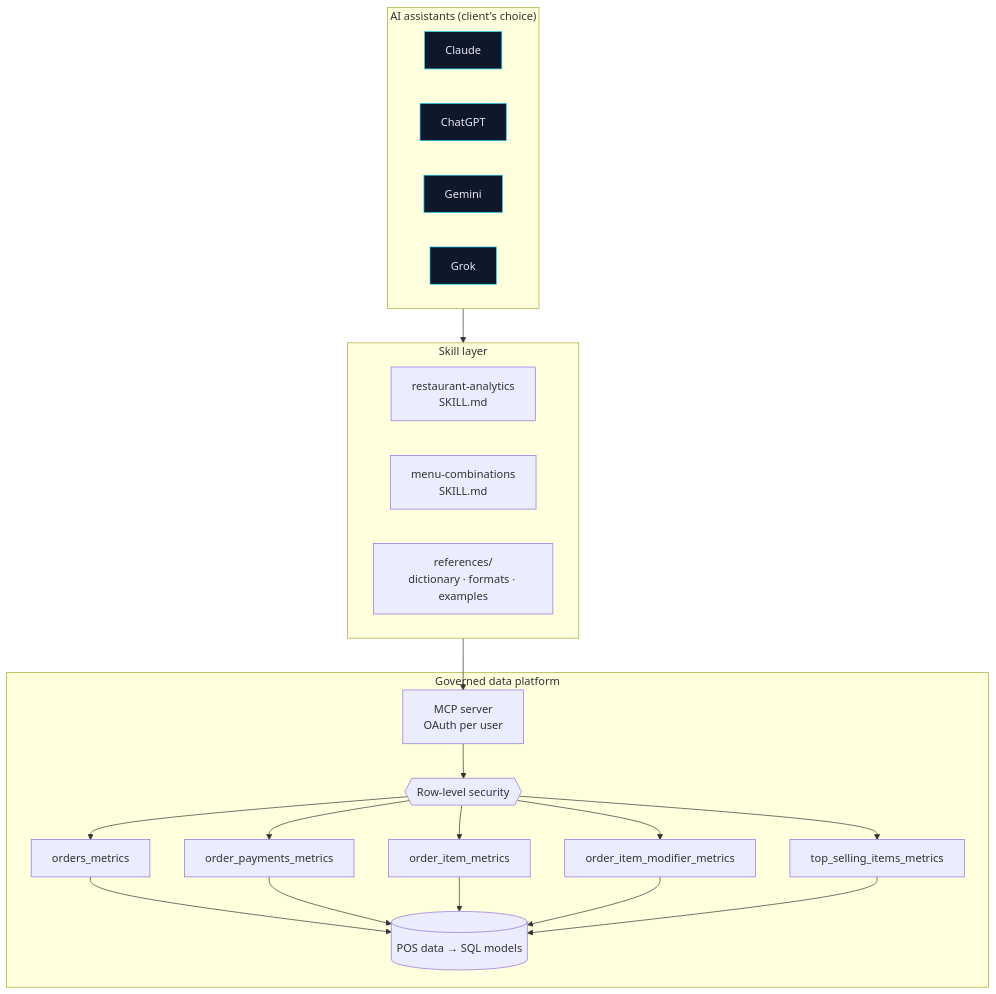
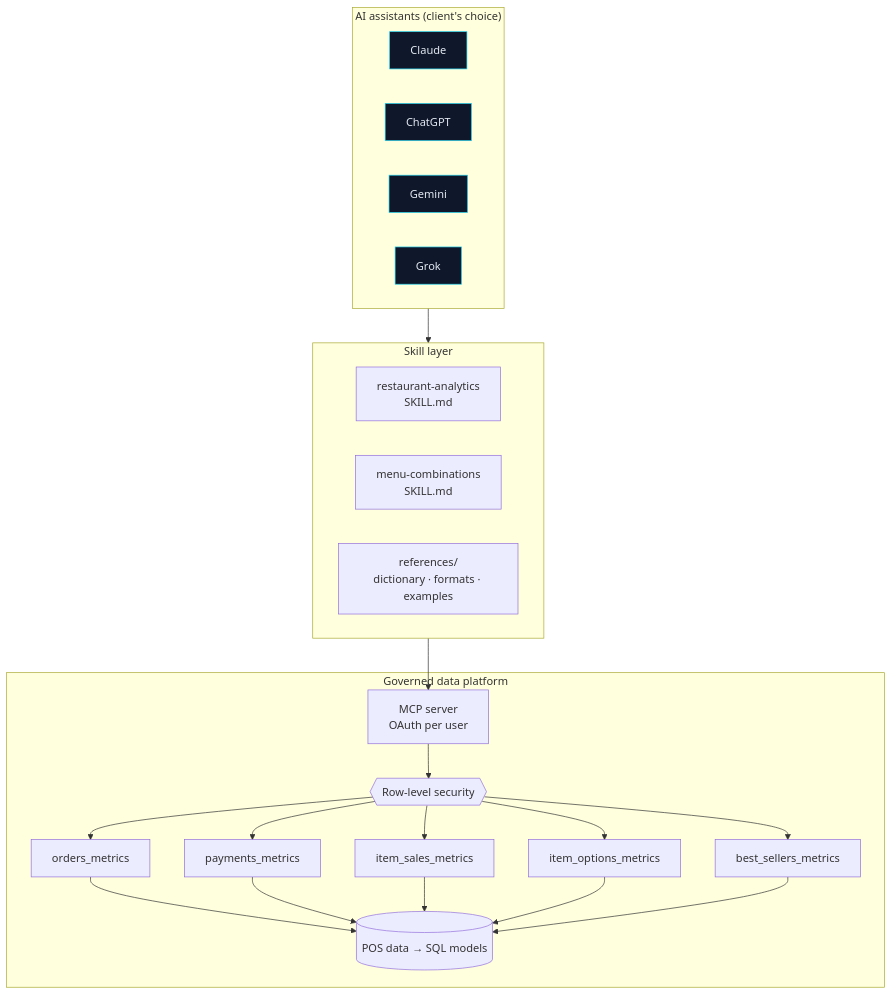
One commit to suyogpatil395/agentic-analytics-skills changed the second of 6 diagrams in README.md. Above: the diagram before and after it, drawn with Mermaid. The commit also changed other lines of this file and 7 other files, not shown here.

````diff
--- a/README.md
+++ b/README.md
@@ -92,29 +92,29 @@
 ```mermaid
 flowchart TB
     subgraph Clients["AI assistants (client's choice)"]
         C1[Claude]:::t
         C2[ChatGPT]:::t
         C3[Gemini]:::t
         C4[Grok]:::t
     end
     subgraph Knowledge["Skill layer"]
         K1[restaurant-analytics<br/>SKILL.md]
         K2[menu-combinations<br/>SKILL.md]
         K3[references/<br/>dictionary · formats · examples]
     end
     subgraph Data["Governed data platform"]
         MCP[MCP server<br/>OAuth per user]
         MV1[orders_metrics]
-        MV2[order_payments_metrics]
-        MV3[order_item_metrics]
-        MV4[order_item_modifier_metrics]
-        MV5[top_selling_items_metrics]
+        MV2[payments_metrics]
+        MV3[item_sales_metrics]
+        MV4[item_options_metrics]
+        MV5[best_sellers_metrics]
         RLS{{Row-level security}}
         DB[(POS data → SQL models)]
     end
     Clients --> Knowledge
     Knowledge --> MCP
     MCP --> RLS --> MV1 & MV2 & MV3 & MV4 & MV5
     MV1 & MV2 & MV3 & MV4 & MV5 --> DB
     classDef t fill:#0f172a,stroke:#22d3ee,color:#e2e8f0
 ```
````
